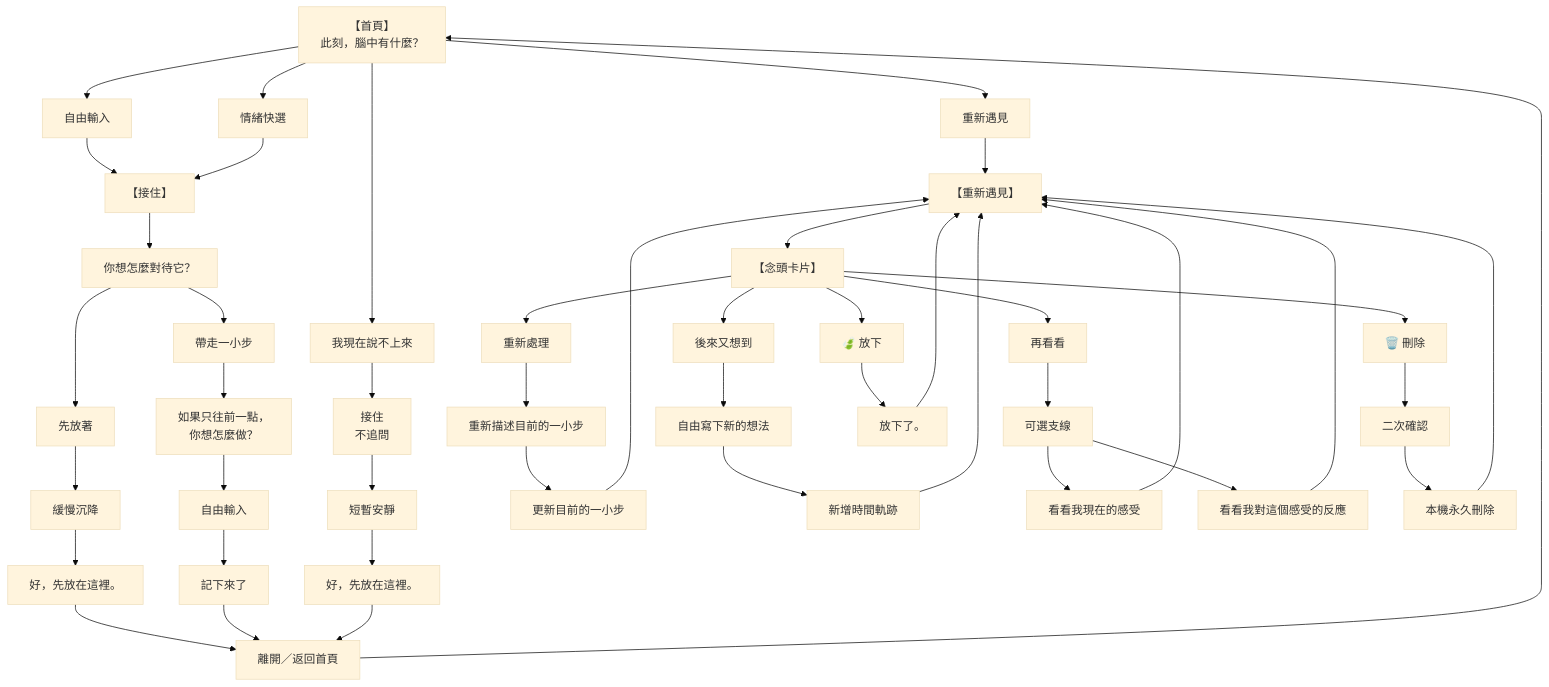
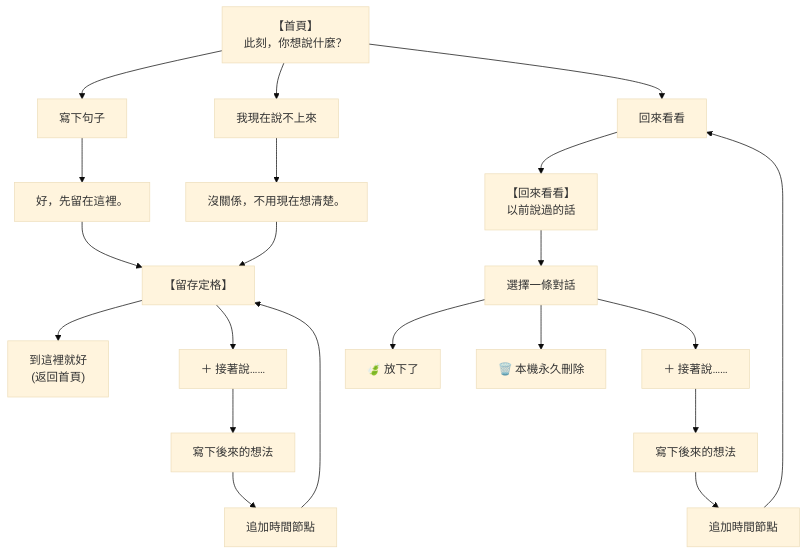
One commit to q5089877/privateMind changed the diagram in PROJECT_CHARTER.md. Above: the diagram before and after it, drawn with Mermaid (base theme). The commit also changed other lines of this file and 14 other files, not shown here.

Commit message:
refactor(arch): migrate to ThoughtThread timeline model and Self-Dialogue Charter v2

````diff
--- a/PROJECT_CHARTER.md
+++ b/PROJECT_CHARTER.md
@@ -1217,68 +88,35 @@
 ```mermaid
 flowchart TD
 
-    HOME["【首頁】<br/>此刻，腦中有什麼？"]
+    %% 當下
+    HOME["【首頁】<br/>此刻，你想說什麼？"]
 
-    HOME --> WRITE["自由輸入"]
-    HOME --> QUICK["情緒快選"]
+    HOME --> INPUT["寫下句子"]
     HOME --> UNPOKEN["我現在說不上來"]
-    HOME --> REVISIT["重新遇見"]
+    HOME --> REVIEW["回來看看"]
 
-    %% 當下：有內容
-    WRITE --> RECEIVE["【接住】"]
-    QUICK --> RECEIVE
+    INPUT --> SAVE["好，先留在這裡。"]
+    UNPOKEN --> SAVE_UNPOKEN["沒關係，不用現在想清楚。"]
 
-    RECEIVE --> CHOOSE["你想怎麼對待它？"]
+    SAVE --> PRESENT["【留存定格】"]
+    SAVE_UNPOKEN --> PRESENT
 
-    CHOOSE --> PARK["先放著"]
-    CHOOSE --> STEP["帶走一小步"]
+    PRESENT --> EXIT["到這裡就好<br/>(返回首頁)"]
+    PRESENT --> CONTINUE["＋ 接著說……"]
 
-    PARK --> PARK_ANIM["緩慢沉降"]
-    PARK_ANIM --> SETTLE["好，先放在這裡。"]
+    CONTINUE --> APPEND["寫下後來的想法"]
+    APPEND --> SAVE_APPEND["追加時間節點"]
+    SAVE_APPEND --> PRESENT
 
-    STEP --> STEP_INPUT["如果只往前一點，<br/>你想怎麼做？"]
-    STEP_INPUT --> STEP_SAVE["自由輸入"]
-    STEP_SAVE --> STEP_DONE["記下來了"]
+    %% 過去
+    REVIEW --> THREADS["【回來看看】<br/>以前說過的話"]
+    THREADS --> CARD["選擇一條對話"]
 
-    SETTLE --> EXIT["離開／返回首頁"]
-    STEP_DONE --> EXIT
+    CARD --> CONTINUE_REV["＋ 接著說……"]
+    CONTINUE_REV --> APPEND_REV["寫下後來的想法"]
+    APPEND_REV --> SAVE_REV["追加時間節點"]
+    SAVE_REV --> REVIEW
 
-    %% 沒有內容
-    UNPOKEN --> SILENT["接住<br/>不追問"]
-    SILENT --> PAUSE["短暫安靜"]
-    PAUSE --> UNPOKEN_DONE["好，先放在這裡。"]
-    UNPOKEN_DONE --> EXIT
-
-    EXIT --> HOME
-
-    %% 歷史
-    REVISIT --> HISTORY["【重新遇見】"]
-    HISTORY --> CARD["【念頭卡片】"]
-
-    CARD --> REP["重新處理"]
-    CARD --> ADD["後來又想到"]
-    CARD --> LOOK["再看看"]
-    CARD --> RELEASE["🍃 放下"]
-    CARD --> DELETE["🗑️ 刪除"]
-
-    REP --> NEW_ACTION["重新描述目前的一小步"]
-    NEW_ACTION --> UPDATE_ACTION["更新目前的一小步"]
-    UPDATE_ACTION --> HISTORY
-
-    ADD --> ADD_INPUT["自由寫下新的想法"]
-    ADD_INPUT --> ADD_EVENT["新增時間軌跡"]
-    ADD_EVENT --> HISTORY
-
-    LOOK --> DEEP["可選支線"]
-    DEEP --> FEEL["看看我現在的感受"]
-    DEEP --> RESPONSE["看看我對這個感受的反應"]
-    FEEL --> HISTORY
-    RESPONSE --> HISTORY
-
-    RELEASE --> RELEASED["放下了。"]
-    RELEASED --> HISTORY
-
-    DELETE --> CONFIRM["二次確認"]
-    CONFIRM --> DELETE_DONE["本機永久刪除"]
-    DELETE_DONE --> HISTORY
+    CARD --> RELEASE["🍃 放下了"]
+    CARD --> DELETE["🗑️ 本機永久刪除"]
 ```
````
